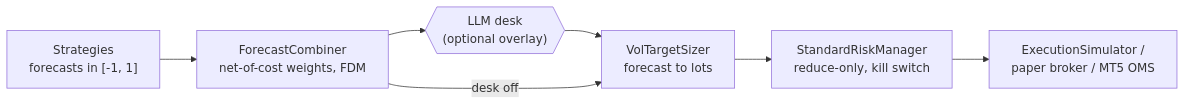
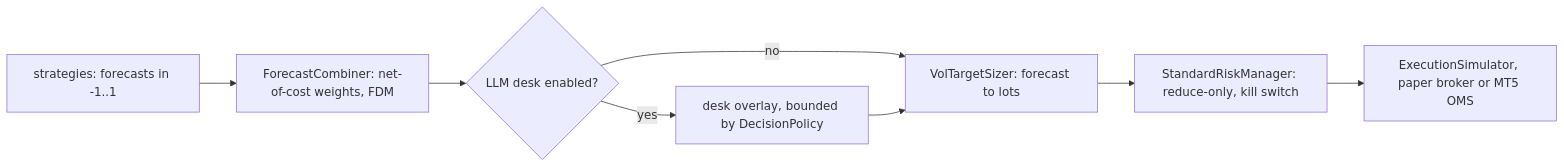
One commit to zero-was-here/tradingbot changed the first of 6 diagrams in docs/portfolio-and-risk.md. Above: the diagram before and after it, drawn with Mermaid. The commit also changed other lines of this file and 302 other files, not shown here.

First line of the commit message:
Docs v2.1: math, diagrams and real-data figures for every algorithm

````diff
--- a/docs/portfolio-and-risk.md
+++ b/docs/portfolio-and-risk.md
@@ -26,9 +30,10 @@
 ```mermaid
 flowchart LR
-  S["Strategies<br/>forecasts in [-1, 1]"] --> C["ForecastCombiner<br/>net-of-cost weights, FDM"]
-  C --> D{{"LLM desk<br/>(optional overlay)"}}
-  D --> Z["VolTargetSizer<br/>forecast to lots"]
-  C -->|desk off| Z
-  Z --> R["StandardRiskManager<br/>reduce-only, kill switch"]
-  R --> X["ExecutionSimulator /<br/>paper broker / MT5 OMS"]
+  S["strategies: forecasts in -1..1"] --> C["ForecastCombiner: net-of-cost weights, FDM"]
+  C --> D{"LLM desk enabled?"}
+  D -->|yes| O["desk overlay, bounded by DecisionPolicy"]
+  D -->|no| Z["VolTargetSizer: forecast to lots"]
+  O --> Z
+  Z --> R["StandardRiskManager: reduce-only, kill switch"]
+  R --> X["ExecutionSimulator, paper broker or MT5 OMS"]
 ```
````
